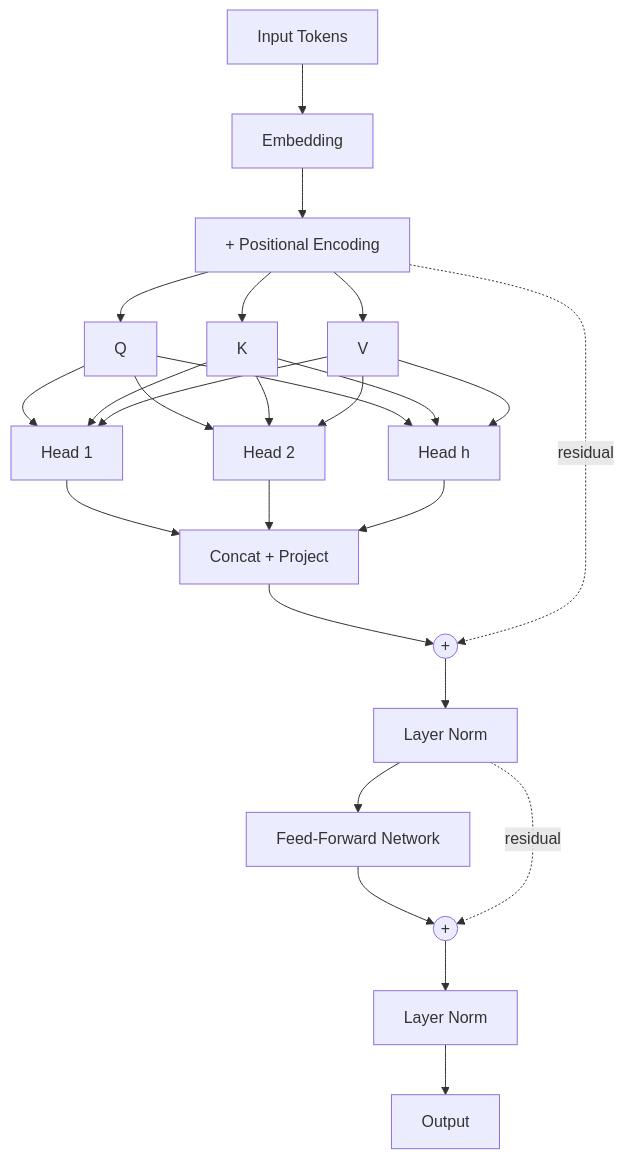
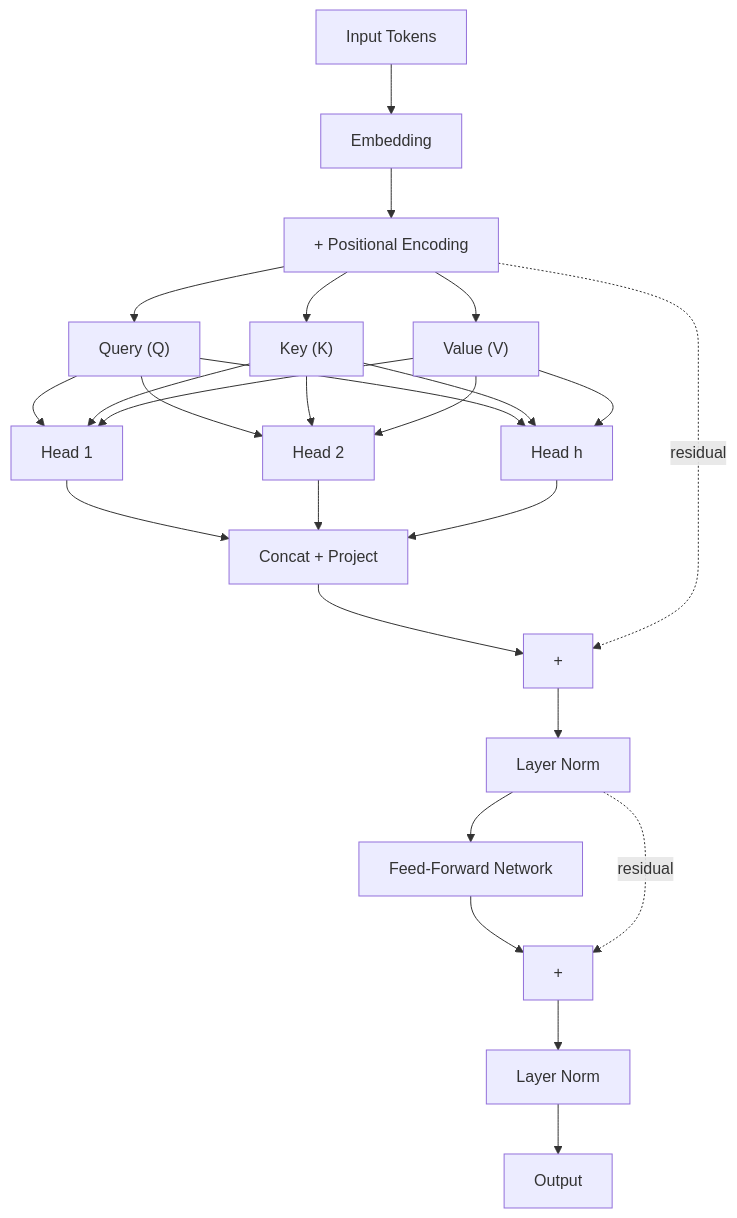
Before and after one commit to pragun-ananda/website: the diagram in src/data/blog/test-post.mdx, drawn with Mermaid. The commit also changed 1 other file, not shown here.

Commit message:
fix: resolve Mermaid diagram syntax error and suppress stray error rendering in footnote

````diff
--- a/src/data/blog/test-post.mdx
+++ b/src/data/blog/test-post.mdx
@@ -63,24 +63,36 @@
 ```mermaid
 flowchart TB
     IN["Input Tokens"] --> EMB["Embedding"]
     EMB --> PE["+ Positional Encoding"]
 
-    PE --> Q["Q"] & K["K"] & V["V"]
+    PE --> Q["Query (Q)"]
+    PE --> K["Key (K)"]
+    PE --> V["Value (V)"]
 
-    Q & K & V --> H1["Head 1"]
-    Q & K & V --> H2["Head 2"]
-    Q & K & V --> Hh["Head h"]
+    Q --> H1["Head 1"]
+    K --> H1
+    V --> H1
 
-    H1 & H2 & Hh --> CAT["Concat + Project"]
+    Q --> H2["Head 2"]
+    K --> H2
+    V --> H2
 
-    CAT --> ADD1(("+"))
+    Q --> Hh["Head h"]
+    K --> Hh
+    V --> Hh
+
+    H1 --> CAT["Concat + Project"]
+    H2 --> CAT
+    Hh --> CAT
+
+    CAT --> ADD1["+"]
     PE -.->|residual| ADD1
     ADD1 --> LN1["Layer Norm"]
 
     LN1 --> FF["Feed-Forward Network"]
-    FF --> ADD2(("+"))
+    FF --> ADD2["+"]
     LN1 -.->|residual| ADD2
     ADD2 --> LN2["Layer Norm"]
 
     LN2 --> OUT["Output"]
 ```
````
